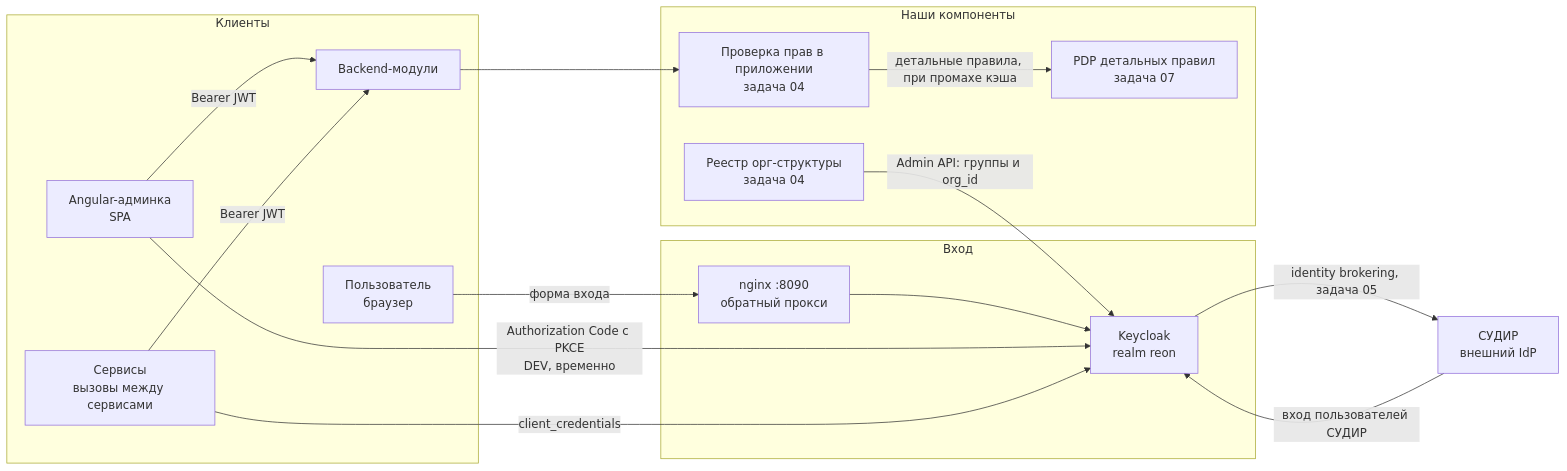
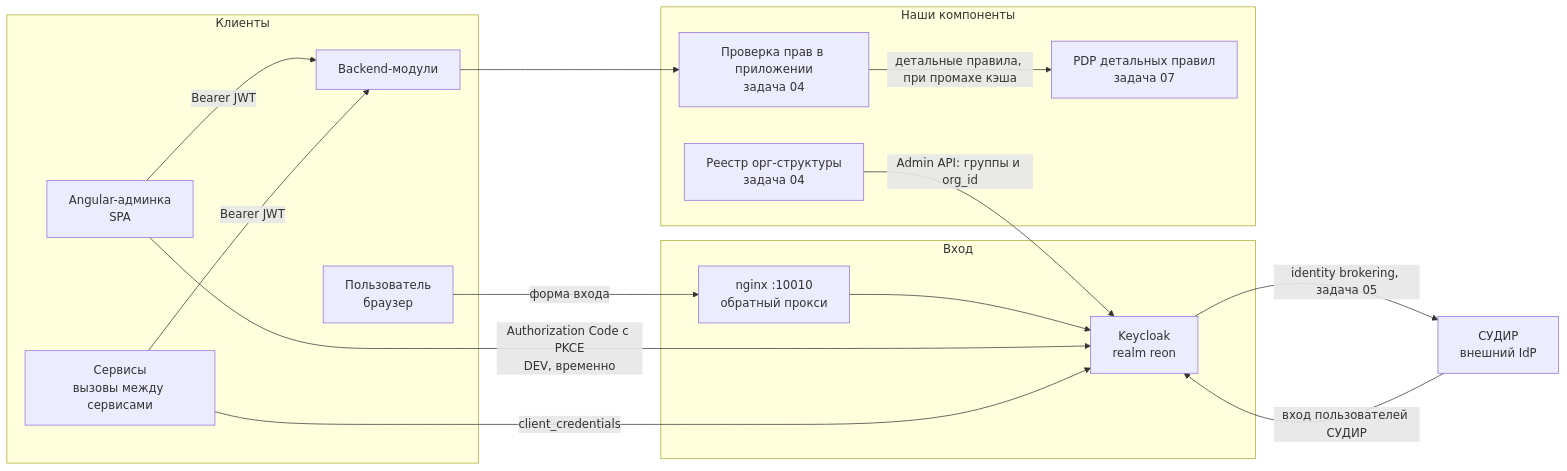
Before and after one commit to viktor-net/reon-auth-server: the diagram in README.md, drawn with Mermaid. The commit also changed other lines of this file and 13 other files, not shown here.

````diff
--- a/README.md
+++ b/README.md
@@ -205,34 +214,34 @@
 ```mermaid
 flowchart LR
   subgraph clients["Клиенты"]
     U["Пользователь<br/>браузер"]
     SPA["Angular-админка<br/>SPA"]
     MOD["Backend-модули"]
     SVC["Сервисы<br/>вызовы между сервисами"]
   end
 
   subgraph entry["Вход"]
-    NGX["nginx :8090<br/>обратный прокси"]
+    NGX["nginx :10010<br/>обратный прокси"]
     KC["Keycloak<br/>realm reon"]
   end
 
   subgraph ours["Наши компоненты"]
     SEC["Проверка прав в приложении<br/>задача 04"]
     REG["Реестр орг-структуры<br/>задача 04"]
     PDP["PDP детальных правил<br/>задача 07"]
   end
 
   EXT["СУДИР<br/>внешний IdP"]
 
   U -->|"форма входа"| NGX
   NGX --> KC
   SPA -->|"Authorization Code с PKCE<br/>DEV, временно"| KC
   SPA -->|"Bearer JWT"| MOD
   SVC -->|"client_credentials"| KC
   SVC -->|"Bearer JWT"| MOD
   MOD --> SEC
   SEC -->|"детальные правила, при промахе кэша"| PDP
   REG -->|"Admin API: группы и org_id"| KC
   KC -->|"identity brokering, задача 05"| EXT
   EXT -->|"вход пользователей СУДИР"| KC
 ```
````
